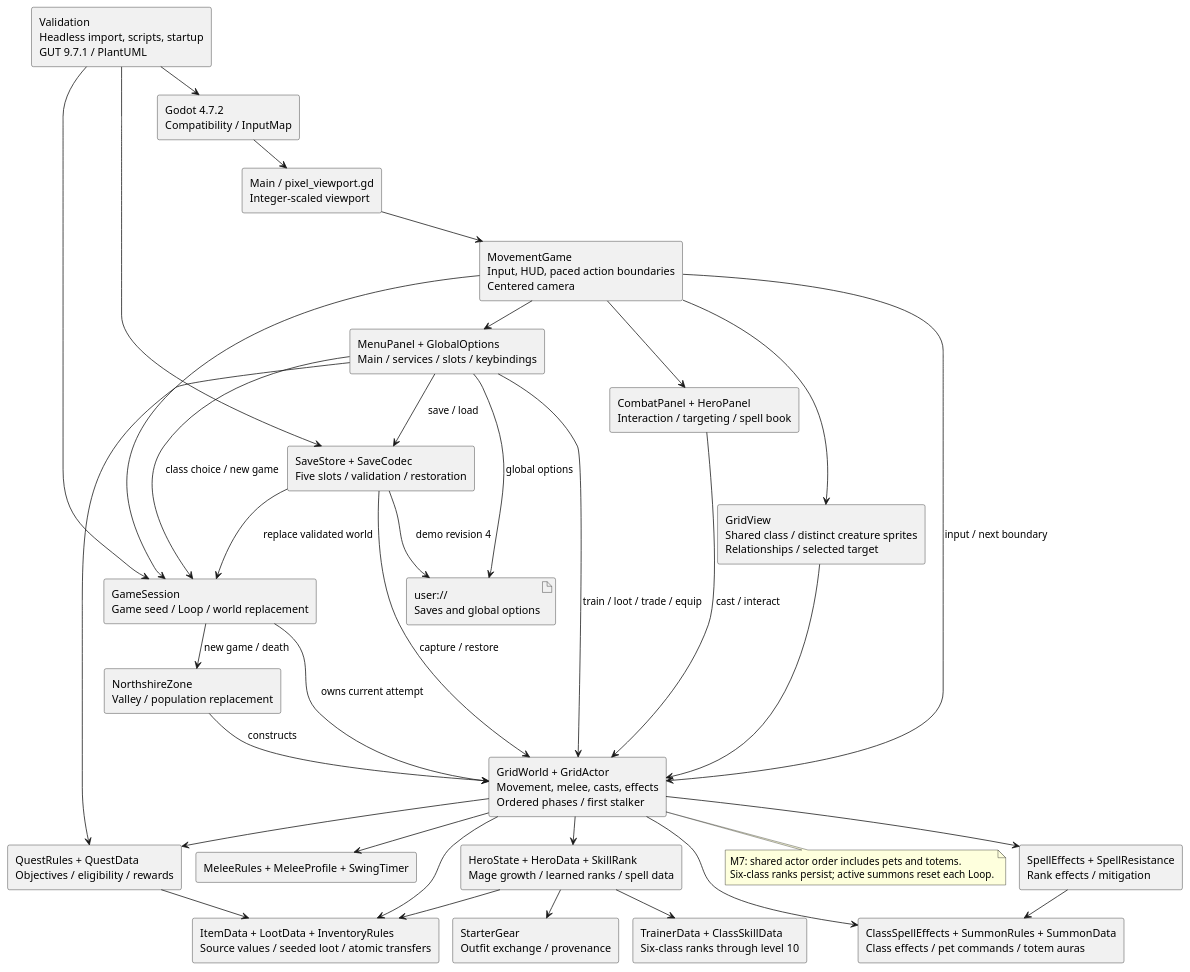
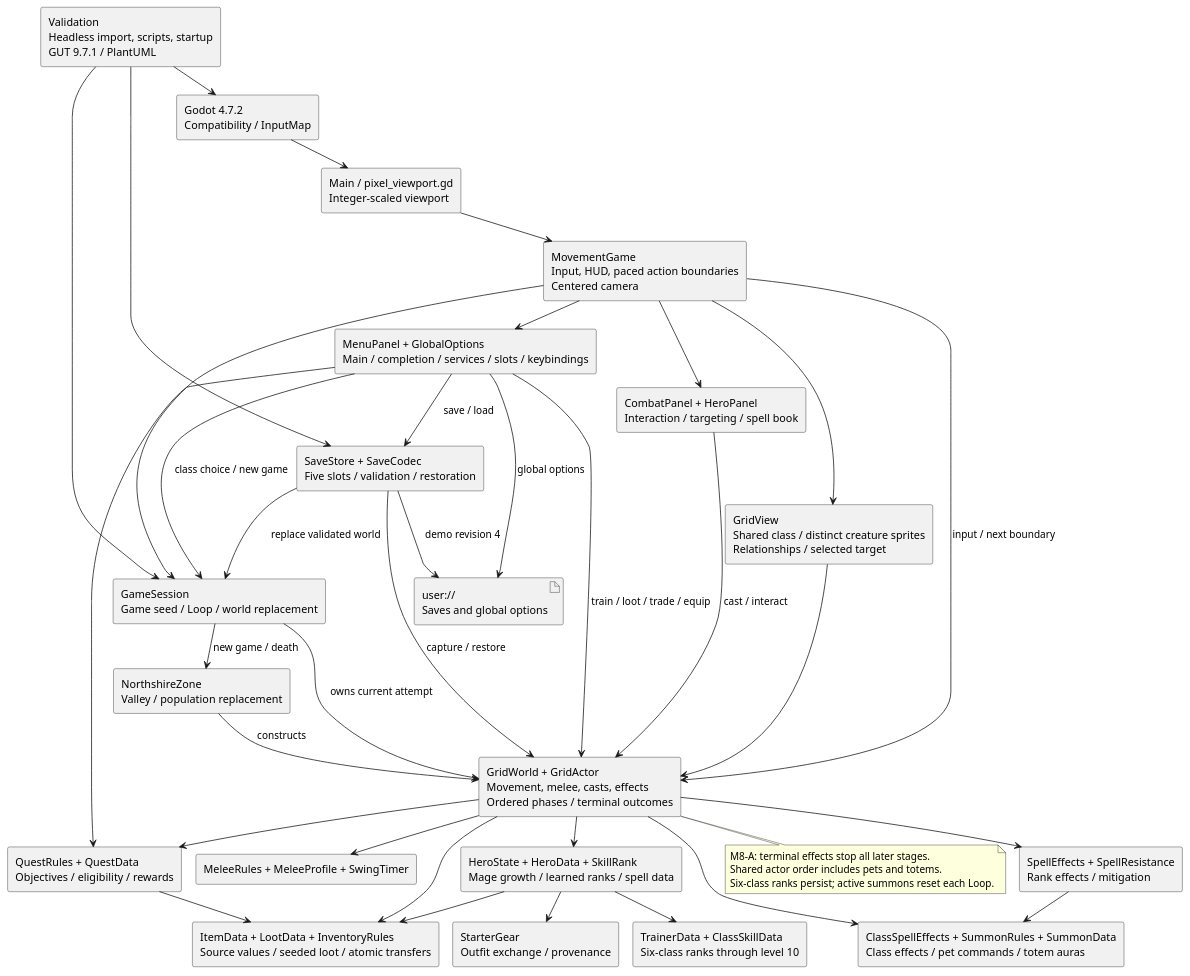
One commit to VHonzik/Ostinato changed the diagram in docs/architecture/components.puml. Above: the diagram before and after it, drawn with PlantUML. The commit also changed 25 other files, not shown here.

First line of the commit message:
M8-A: Stalker victory and terminal effect ordering (#18)

```diff
--- a/docs/architecture/components.puml
+++ b/docs/architecture/components.puml
@@ -1,63 +1,64 @@
 @startuml
 !pragma layout smetana
 skinparam componentStyle rectangle
 skinparam shadowing false
 component "Godot 4.7.2\nCompatibility / InputMap" as Godot
 component "Main / pixel_viewport.gd\nInteger-scaled viewport" as Main
 component "MovementGame\nInput, HUD, paced action boundaries\nCentered camera" as Game
 component "GameSession\nGame seed / Loop / world replacement" as Session
-component "GridWorld + GridActor\nMovement, melee, casts, effects\nOrdered phases / first stalker" as World
+component "GridWorld + GridActor\nMovement, melee, casts, effects\nOrdered phases / terminal outcomes" as World
 component "NorthshireZone\nValley / population replacement" as Fixture
 component "QuestRules + QuestData\nObjectives / eligibility / rewards" as Quests
 component "HeroState + HeroData + SkillRank\nMage growth / learned ranks / spell data" as Hero
 component "StarterGear\nOutfit exchange / provenance" as Gear
 component "MeleeRules + MeleeProfile + SwingTimer" as Combat
 component "SpellEffects + SpellResistance\nRank effects / mitigation" as Spells
 component "TrainerData + ClassSkillData\nSix-class ranks through level 10" as Training
 component "ClassSpellEffects + SummonRules + SummonData\nClass effects / pet commands / totem auras" as Summons
 component "ItemData + LootData + InventoryRules\nSource values / seeded loot / atomic transfers" as Items
 component "CombatPanel + HeroPanel\nInteraction / targeting / spell book" as Panels
-component "MenuPanel + GlobalOptions\nMain / services / slots / keybindings" as Menu
+component "MenuPanel + GlobalOptions\nMain / completion / services / slots / keybindings" as Menu
 component "SaveStore + SaveCodec\nFive slots / validation / restoration" as Saves
 component "GridView\nShared class / distinct creature sprites\nRelationships / selected target" as View
 component "Validation\nHeadless import, scripts, startup\nGUT 9.7.1 / PlantUML" as Tests
 artifact "user://\nSaves and global options" as Files
 Godot --> Main
 Main --> Game
 Game --> Session
 Session --> Fixture : new game / death
 Fixture --> World : constructs
 Session --> World : owns current attempt
 Game --> World : input / next boundary
 World --> Hero
 Hero --> Gear
 World --> Combat
 World --> Spells
 World --> Summons
 Spells --> Summons
 World --> Items
 World --> Quests
 Menu --> Quests
 Quests --> Items
 Hero --> Items
 Hero --> Training
 Menu --> World : train / loot / trade / equip
 Game --> Panels
 Panels --> World : cast / interact
 Game --> Menu
 Menu --> Session : class choice / new game
 Menu --> Saves : save / load
 Saves --> Session : replace validated world
 Saves --> World : capture / restore
 Menu --> Files : global options
 Saves --> Files : demo revision 4
 Game --> View
 View --> World
 Tests --> Godot
 Tests --> Session
 Tests --> Saves
 note bottom of World
-M7: shared actor order includes pets and totems.
+M8-A: terminal effects stop all later stages.
+Shared actor order includes pets and totems.
 Six-class ranks persist; active summons reset each Loop.
 end note
 @enduml
```
